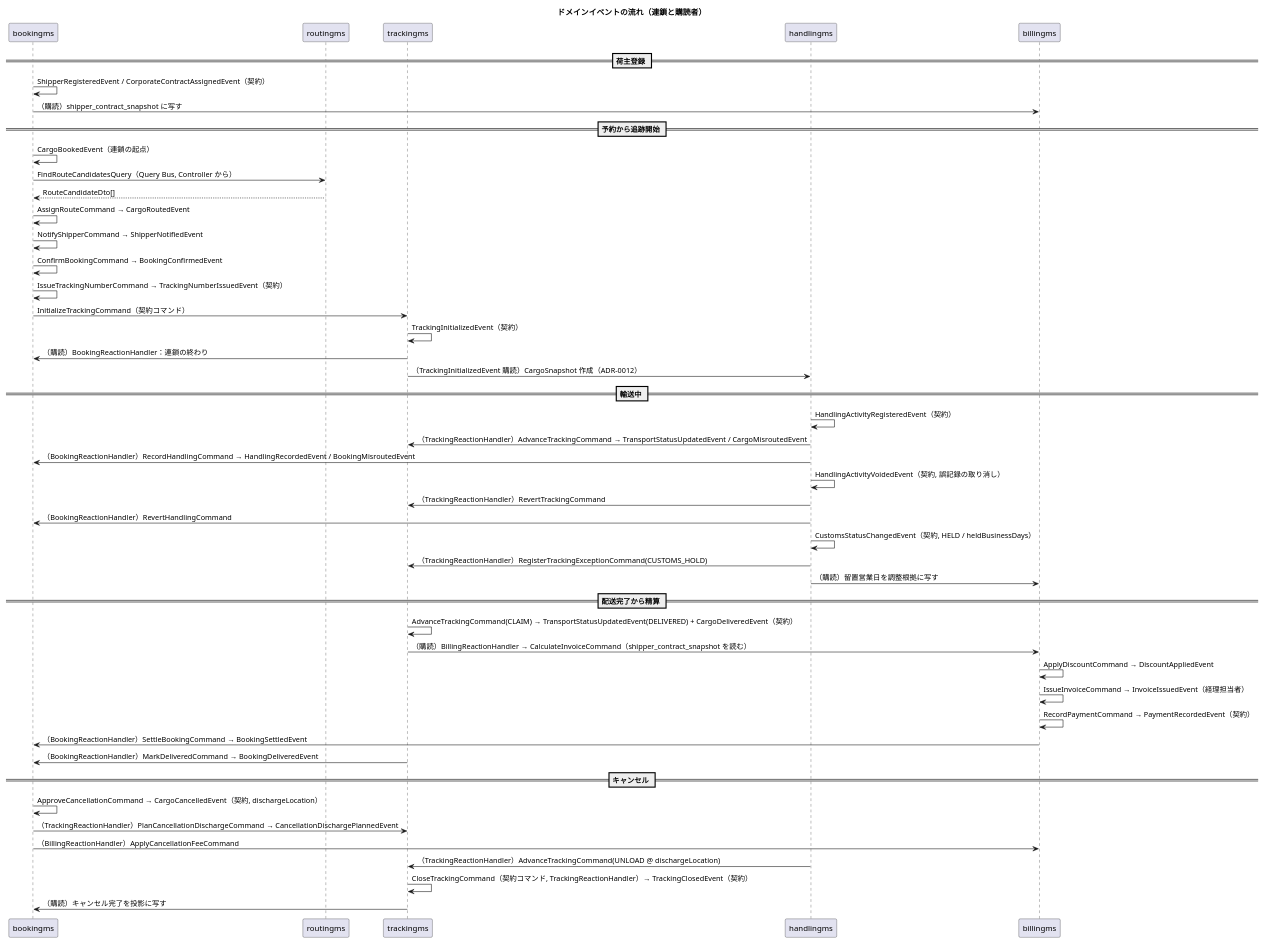
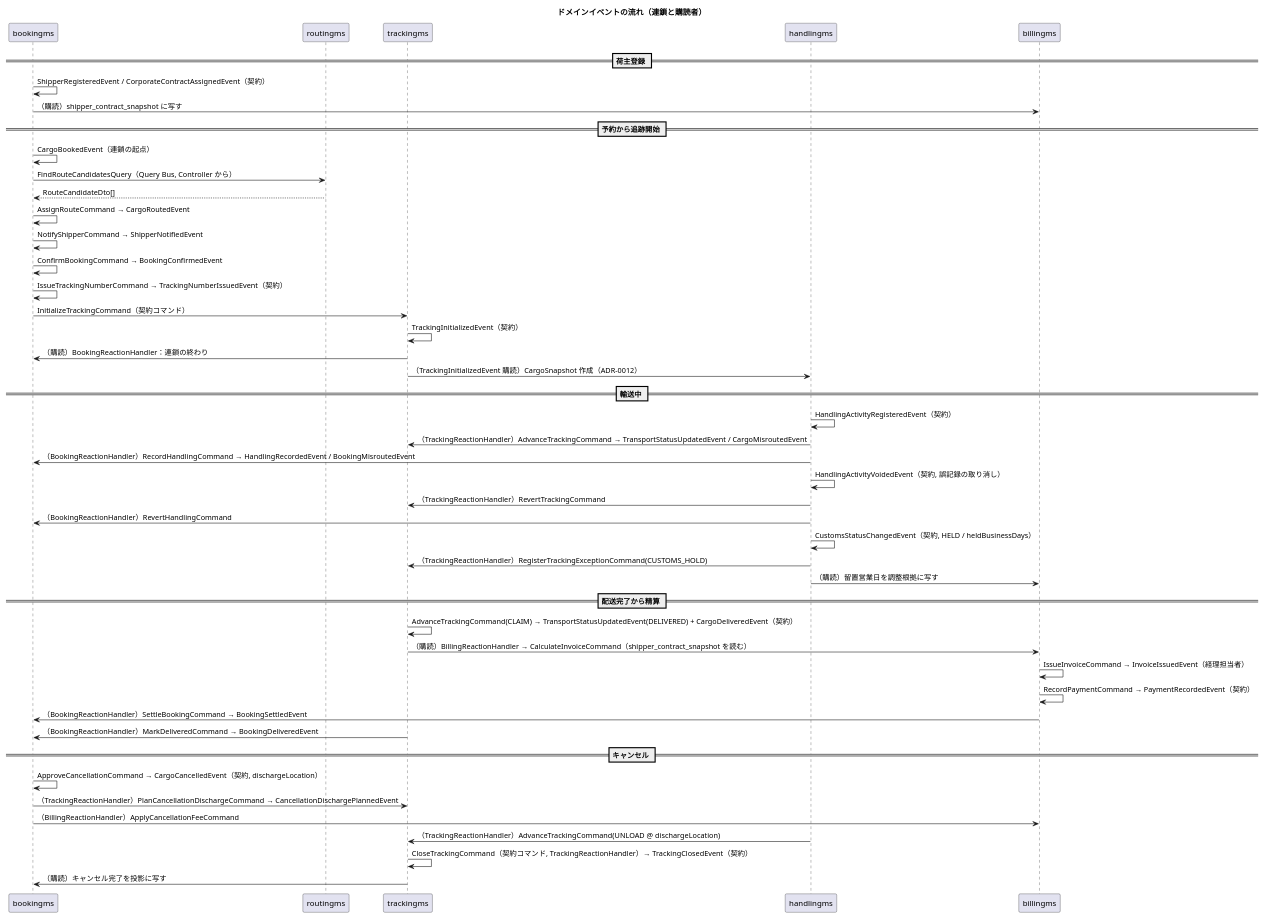
Diagram 12 of 13 in docs/design/cargo-tracker/domain-model.md (k2works/case-study-cargo-tracker), drawn with PlantUML before and after one commit. The commit also changed other lines of this file and 7 other files, not shown here.

````diff
--- a/docs/design/cargo-tracker/domain-model.md
+++ b/docs/design/cargo-tracker/domain-model.md
@@ -1275,56 +1278,55 @@
 ```plantuml
 @startuml
 title ドメインイベントの流れ（連鎖と購読者）
 
 participant "bookingms" as B
 participant "routingms" as R
 participant "trackingms" as T
 participant "handlingms" as H
 participant "billingms" as Bi
 
 == 荷主登録 ==
 B -> B : ShipperRegisteredEvent / CorporateContractAssignedEvent（契約）
 B -> Bi : （購読）shipper_contract_snapshot に写す
 
 == 予約から追跡開始 ==
 B -> B : CargoBookedEvent（連鎖の起点）
 B -> R : FindRouteCandidatesQuery（Query Bus, Controller から）
 R --> B : RouteCandidateDto[]
 B -> B : AssignRouteCommand → CargoRoutedEvent
 B -> B : NotifyShipperCommand → ShipperNotifiedEvent
 B -> B : ConfirmBookingCommand → BookingConfirmedEvent
 B -> B : IssueTrackingNumberCommand → TrackingNumberIssuedEvent（契約）
 B -> T : InitializeTrackingCommand（契約コマンド）
 T -> T : TrackingInitializedEvent（契約）
 T -> B : （購読）BookingReactionHandler：連鎖の終わり
 T -> H : （TrackingInitializedEvent 購読）CargoSnapshot 作成（ADR-0012）
 
 == 輸送中 ==
 H -> H : HandlingActivityRegisteredEvent（契約）
 H -> T : （TrackingReactionHandler）AdvanceTrackingCommand → TransportStatusUpdatedEvent / CargoMisroutedEvent
 H -> B : （BookingReactionHandler）RecordHandlingCommand → HandlingRecordedEvent / BookingMisroutedEvent
 H -> H : HandlingActivityVoidedEvent（契約, 誤記録の取り消し）
 H -> T : （TrackingReactionHandler）RevertTrackingCommand
 H -> B : （BookingReactionHandler）RevertHandlingCommand
 H -> H : CustomsStatusChangedEvent（契約, HELD / heldBusinessDays）
 H -> T : （TrackingReactionHandler）RegisterTrackingExceptionCommand(CUSTOMS_HOLD)
 H -> Bi : （購読）留置営業日を調整根拠に写す
 
 == 配送完了から精算 ==
 T -> T : AdvanceTrackingCommand(CLAIM) → TransportStatusUpdatedEvent(DELIVERED) + CargoDeliveredEvent（契約）
 T -> Bi : （購読）BillingReactionHandler → CalculateInvoiceCommand（shipper_contract_snapshot を読む）
-Bi -> Bi : ApplyDiscountCommand → DiscountAppliedEvent
 Bi -> Bi : IssueInvoiceCommand → InvoiceIssuedEvent（経理担当者）
 Bi -> Bi : RecordPaymentCommand → PaymentRecordedEvent（契約）
 Bi -> B : （BookingReactionHandler）SettleBookingCommand → BookingSettledEvent
 T -> B : （BookingReactionHandler）MarkDeliveredCommand → BookingDeliveredEvent
 
 == キャンセル ==
 B -> B : ApproveCancellationCommand → CargoCancelledEvent（契約, dischargeLocation）
 B -> T : （TrackingReactionHandler）PlanCancellationDischargeCommand → CancellationDischargePlannedEvent
 B -> Bi : （BillingReactionHandler）ApplyCancellationFeeCommand
 H -> T : （TrackingReactionHandler）AdvanceTrackingCommand(UNLOAD @ dischargeLocation)
 T -> T : CloseTrackingCommand（契約コマンド, TrackingReactionHandler）→ TrackingClosedEvent（契約）
 T -> B : （購読）キャンセル完了を投影に写す
 @enduml
 ```
````
